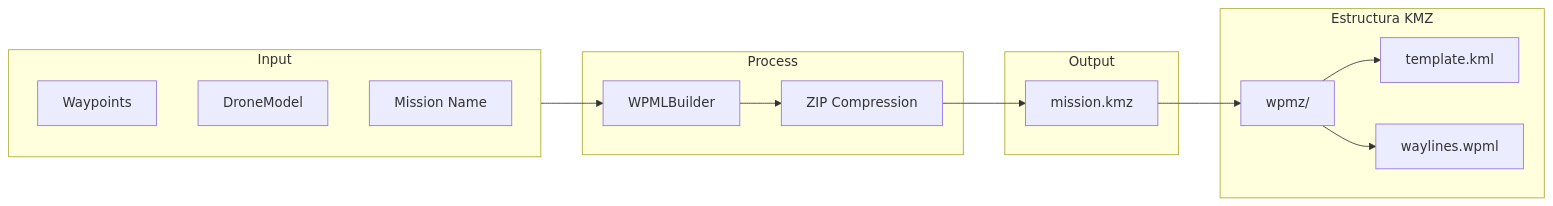
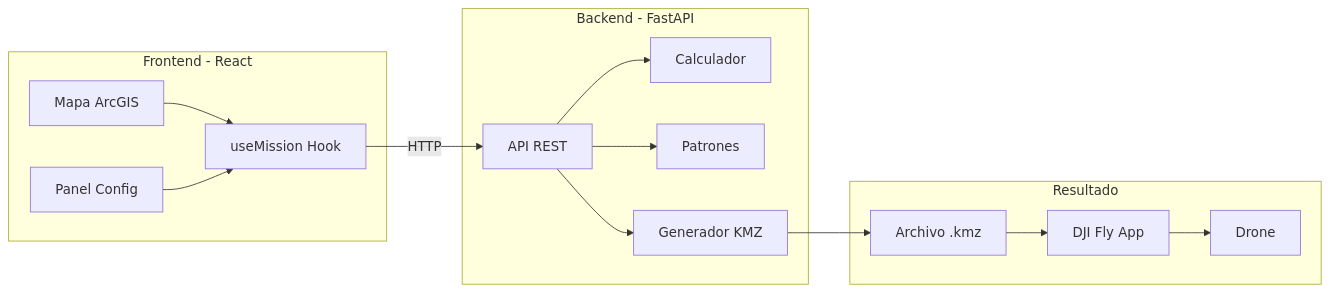
Before and after one commit to geoai-latam/WaypointsDJI: the first of 5 diagrams in README.md, drawn with Mermaid. The commit also changed other lines of this file and 1 other file, not shown here.

````diff
--- a/README.md
+++ b/README.md
@@ -409,31 +19,31 @@
 ```mermaid
 flowchart LR
-    subgraph Input
-        WP[Waypoints]
-        DM[DroneModel]
-        MN[Mission Name]
+    subgraph Cliente["Frontend - React"]
+        MAP["Mapa ArcGIS"]
+        CONFIG["Panel Config"]
+        HOOK["useMission Hook"]
     end
 
-    subgraph Process
-        BUILD[WPMLBuilder]
-        ZIP[ZIP Compression]
+    subgraph Servidor["Backend - FastAPI"]
+        API["API REST"]
+        CALC["Calculador"]
+        PATTERNS["Patrones"]
+        KMZ["Generador KMZ"]
     end
 
-    subgraph Output
-        KMZ["mission.kmz"]
+    subgraph Salida["Resultado"]
+        FILE["Archivo .kmz"]
+        DJI["DJI Fly App"]
+        DRONE["Drone"]
     end
 
-    subgraph KMZStructure["Estructura KMZ"]
-        WPMZ["wpmz/"]
-        TK["template.kml"]
-        WL["waylines.wpml"]
-    end
-
-    Input --> BUILD
-    BUILD --> ZIP
-    ZIP --> KMZ
-
-    KMZ --> WPMZ
-    WPMZ --> TK
-    WPMZ --> WL
+    MAP --> HOOK
+    CONFIG --> HOOK
+    HOOK -->|HTTP| API
+    API --> CALC
+    API --> PATTERNS
+    API --> KMZ
+    KMZ --> FILE
+    FILE --> DJI
+    DJI --> DRONE
 ```
````
